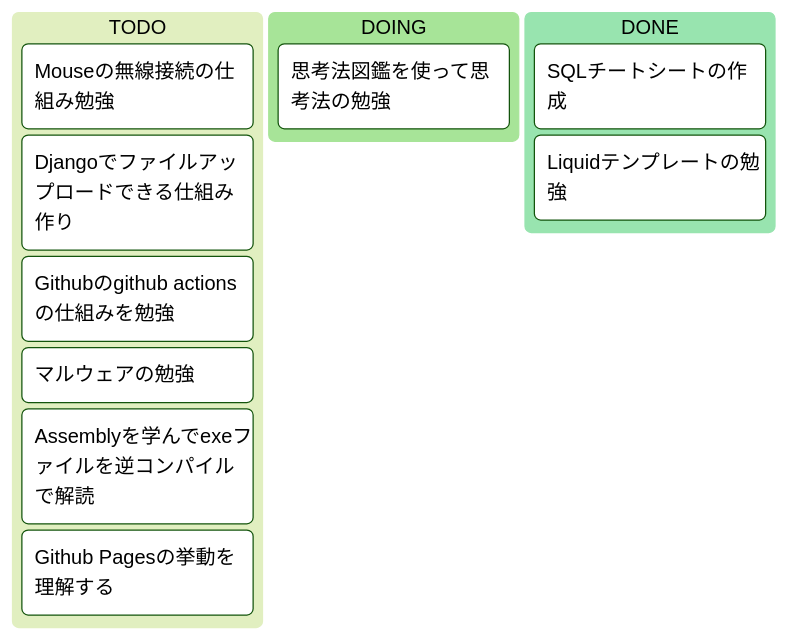
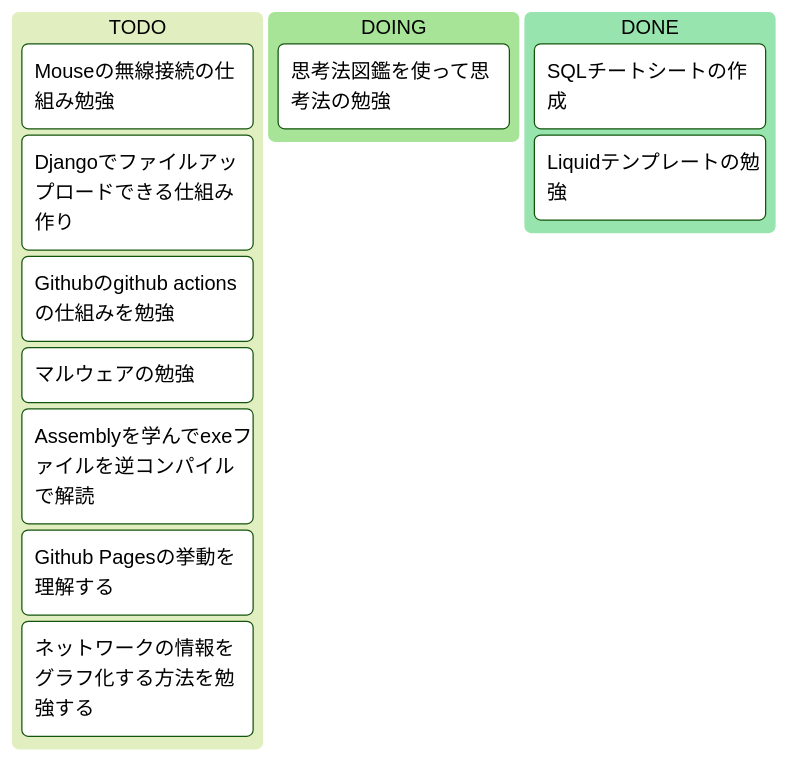
One commit to ddiddws2/ddiddws2.github.io changed the diagram in _posts/2025-10-05-taskboard.md. Above: the diagram before and after it, drawn with Mermaid. The commit also changed other lines of this file and 2 other files, not shown here.

````diff
--- a/_posts/2025-10-05-taskboard.md
+++ b/_posts/2025-10-05-taskboard.md
@@ -14,16 +14,17 @@
 ```mermaid
 %%{init: {'theme':'forest'}}%%
 kanban
   column1[TODO]
     task2[Mouseの無線接続の仕組み勉強]
     task3[Djangoでファイルアップロードできる仕組み作り]
     task5[Githubのgithub actionsの仕組みを勉強]
     task6[マルウェアの勉強]
     task7[Assemblyを学んでexeファイルを逆コンパイルで解読]
     taks8[Github Pagesの挙動を理解する]
+    taks9[ネットワークの情報をグラフ化する方法を勉強する]
   column2[DOING]
     task4[思考法図鑑を使って思考法の勉強]
   column3[DONE]
     task1[SQLチートシートの作成]
     task4[Liquidテンプレートの勉強]
 ```
````
